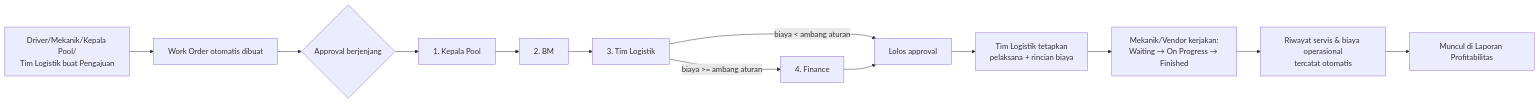
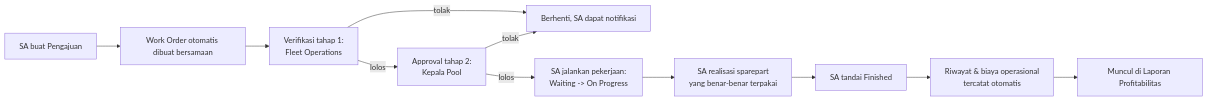
Before and after one commit to proenergi2006/tms: the diagram in docs/06-Panduan-Pengguna.md, drawn with Mermaid. The commit also changed other lines of this file, not shown here.

````diff
--- a/docs/06-Panduan-Pengguna.md
+++ b/docs/06-Panduan-Pengguna.md
@@ -75,15 +67,13 @@
 ```mermaid
 flowchart LR
-    A[Driver/Mekanik/Kepala Pool/\nTim Logistik buat Pengajuan] --> B[Work Order otomatis dibuat]
-    B --> C{Approval berjenjang}
-    C --> D[1. Kepala Pool]
-    D --> E[2. BM]
-    E --> F[3. Tim Logistik]
-    F -->|biaya >= ambang aturan| G[4. Finance]
-    F -->|biaya < ambang aturan| H[Lolos approval]
-    G --> H
-    H --> I[Tim Logistik tetapkan\npelaksana + rincian biaya]
-    I --> J[Mekanik/Vendor kerjakan:\nWaiting → On Progress → Finished]
-    J --> K[Riwayat servis & biaya operasional\ntercatat otomatis]
-    K --> L[Muncul di Laporan Profitabilitas]
+    A[SA buat Pengajuan] --> B[Work Order otomatis dibuat bersamaan]
+    B --> C[Verifikasi tahap 1:\nFleet Operations]
+    C -->|tolak| X[Berhenti, SA dapat notifikasi]
+    C -->|lolos| D[Approval tahap 2:\nKepala Pool]
+    D -->|tolak| X
+    D -->|lolos| E[SA jalankan pekerjaan:\nWaiting -> On Progress]
+    E --> F[SA realisasi sparepart\nyang benar-benar terpakai]
+    F --> G[SA tandai Finished]
+    G --> H[Riwayat & biaya operasional\ntercatat otomatis]
+    H --> I[Muncul di Laporan Profitabilitas]
 ```
````
